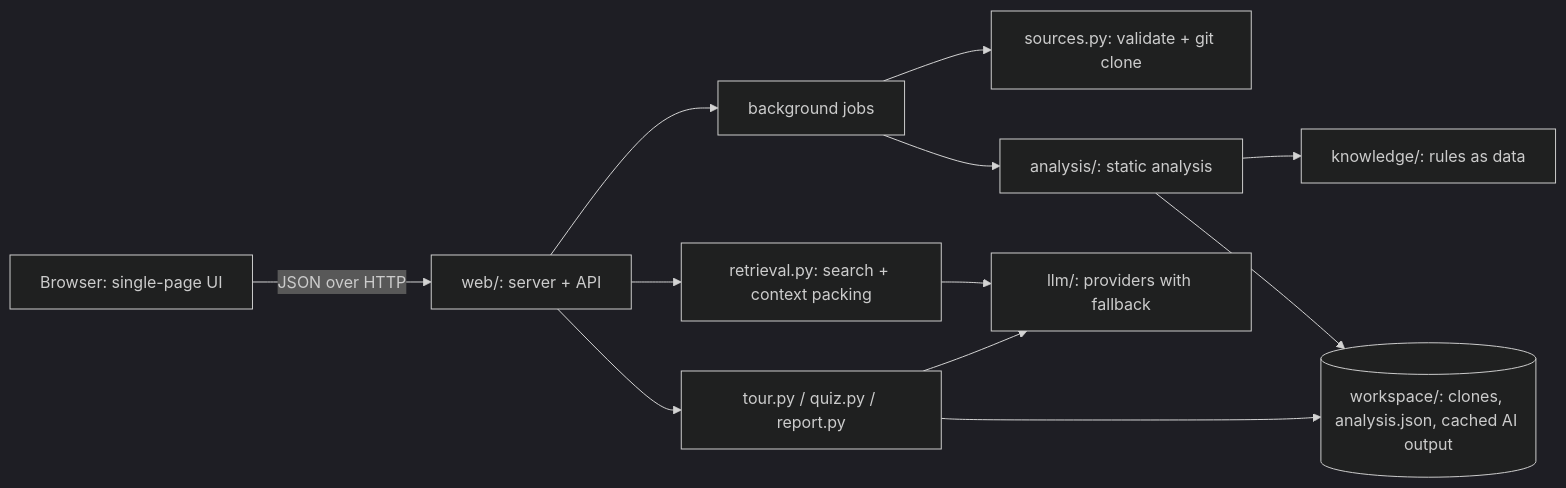
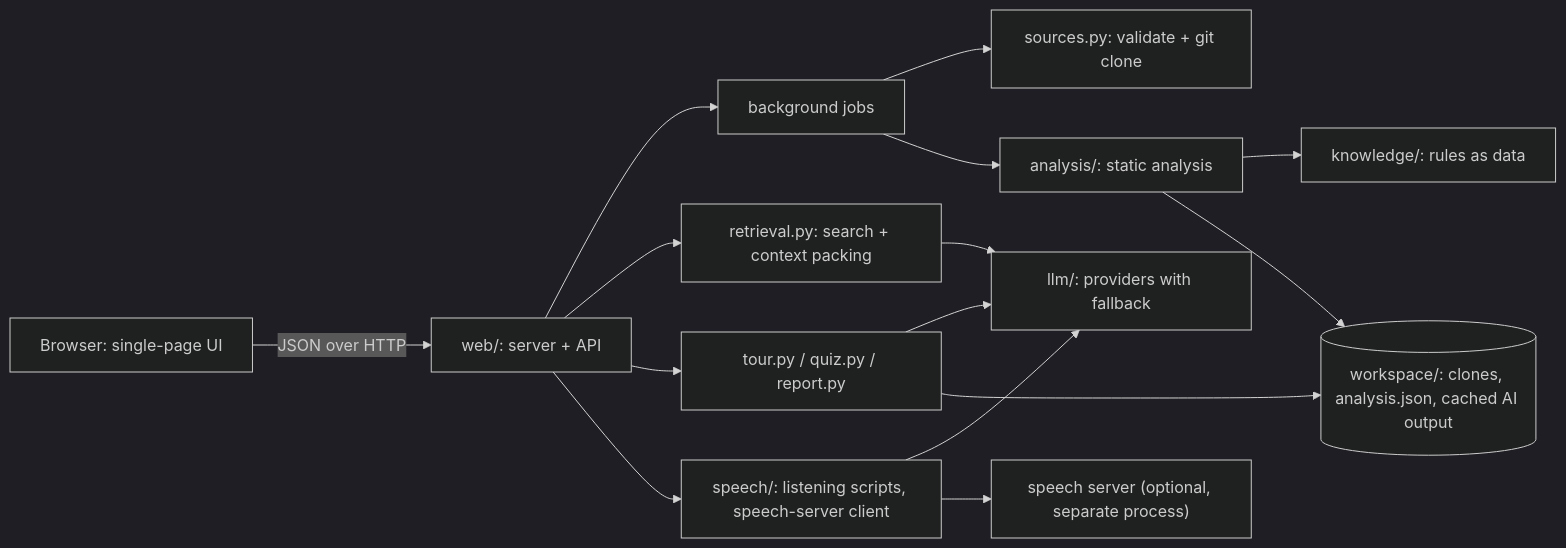
Before and after one commit to samarthpusalkar/CodeVigrah: the diagram in docs/architecture.md, drawn with Mermaid (dark theme). The commit also changed other lines of this file and 32 other files, not shown here.

First line of the commit message:
Read-aloud for the ear: listening scripts and natural voices

````diff
--- a/docs/architecture.md
+++ b/docs/architecture.md
@@ -5,14 +5,17 @@
 ```mermaid
 flowchart LR
   B["Browser: single-page UI"] -->|"JSON over HTTP"| W["web/: server + API"]
   W --> J["background jobs"]
   J --> S["sources.py: validate + git clone"]
   J --> A["analysis/: static analysis"]
   A --> K["knowledge/: rules as data"]
   W --> R["retrieval.py: search + context packing"]
   W --> T["tour.py / quiz.py / report.py"]
   T --> L["llm/: providers with fallback"]
   R --> L
+  W --> SP["speech/: listening scripts, speech-server client"]
+  SP --> L
+  SP --> TTS["speech server (optional, separate process)"]
   A --> WS[("workspace/: clones, analysis.json, cached AI output")]
   T --> WS
 ```
````
